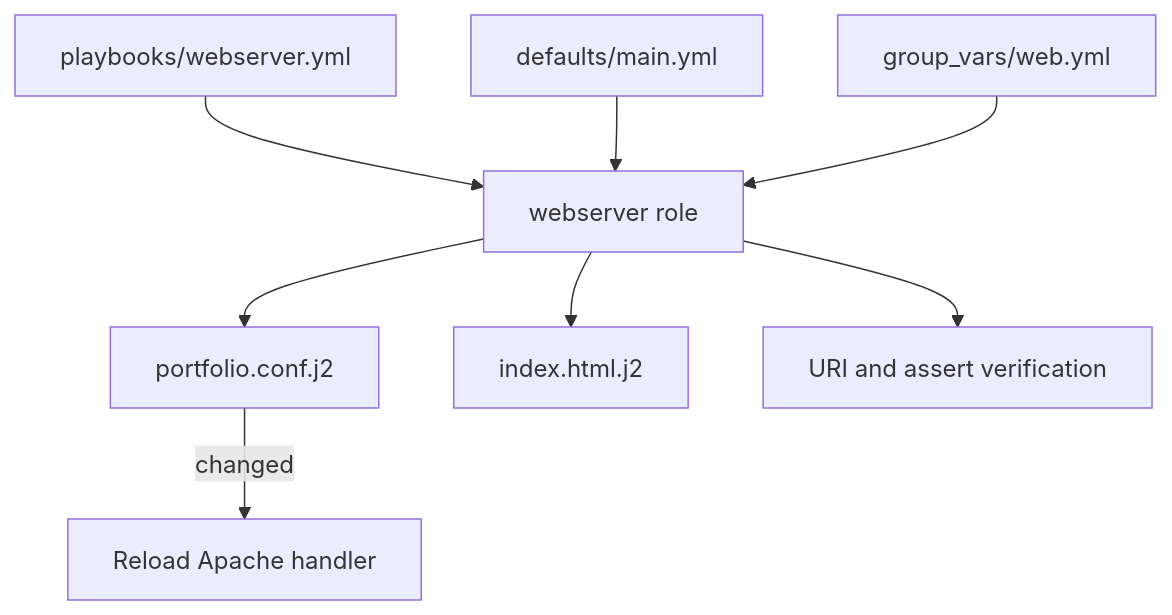
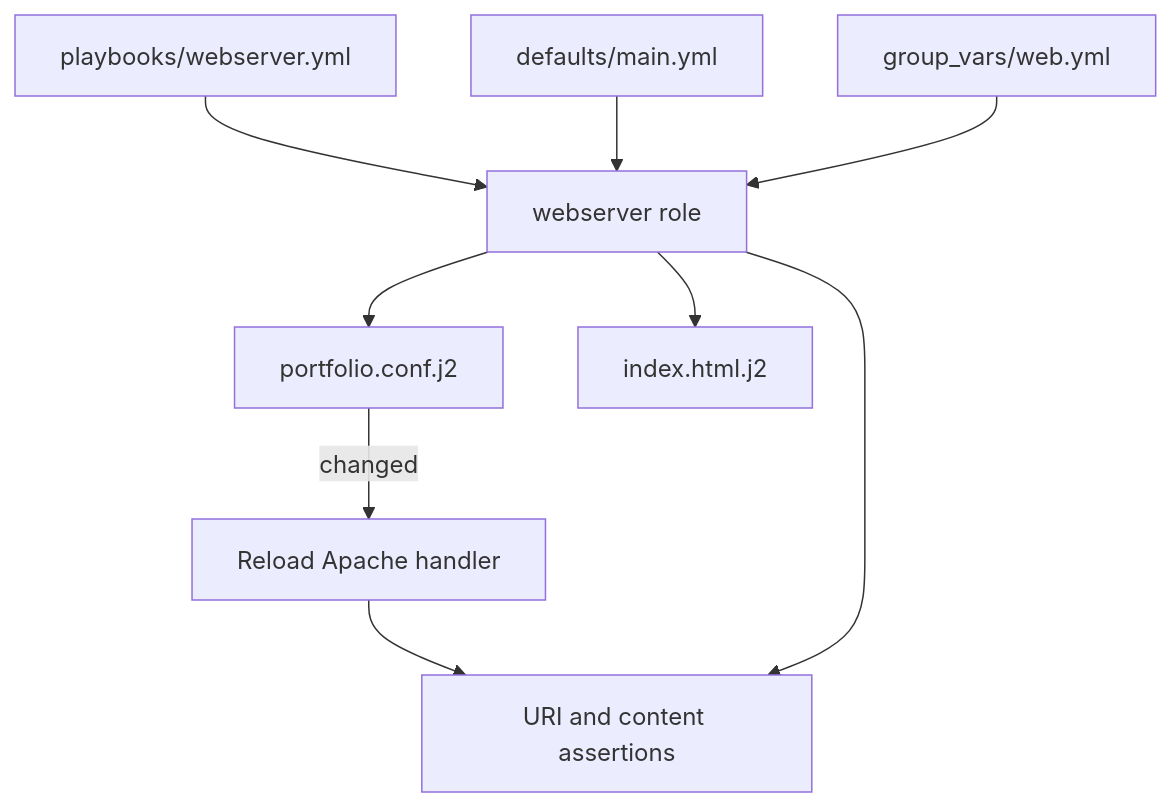
One commit to TexMachinna/TerraformPortfolio-AWS changed the fourth of 5 diagrams in README.md. Above: the diagram before and after it, drawn with Mermaid. The commit also changed other lines of this file, not shown here.

````diff
--- a/README.md
+++ b/README.md
@@ -324,19 +368,20 @@
 ```mermaid
 flowchart TD
     Playbook[playbooks/webserver.yml]
     Role[webserver role]
     Defaults[defaults/main.yml]
     GroupVars[group_vars/web.yml]
     ApacheTemplate[portfolio.conf.j2]
     PageTemplate[index.html.j2]
     Handler[Reload Apache handler]
-    Verify[URI and assert verification]
+    Verify[URI and content assertions]
 
     Playbook --> Role
     Defaults --> Role
     GroupVars --> Role
     Role --> ApacheTemplate
     Role --> PageTemplate
     ApacheTemplate -->|changed| Handler
+    Handler --> Verify
     Role --> Verify
 ```
````
